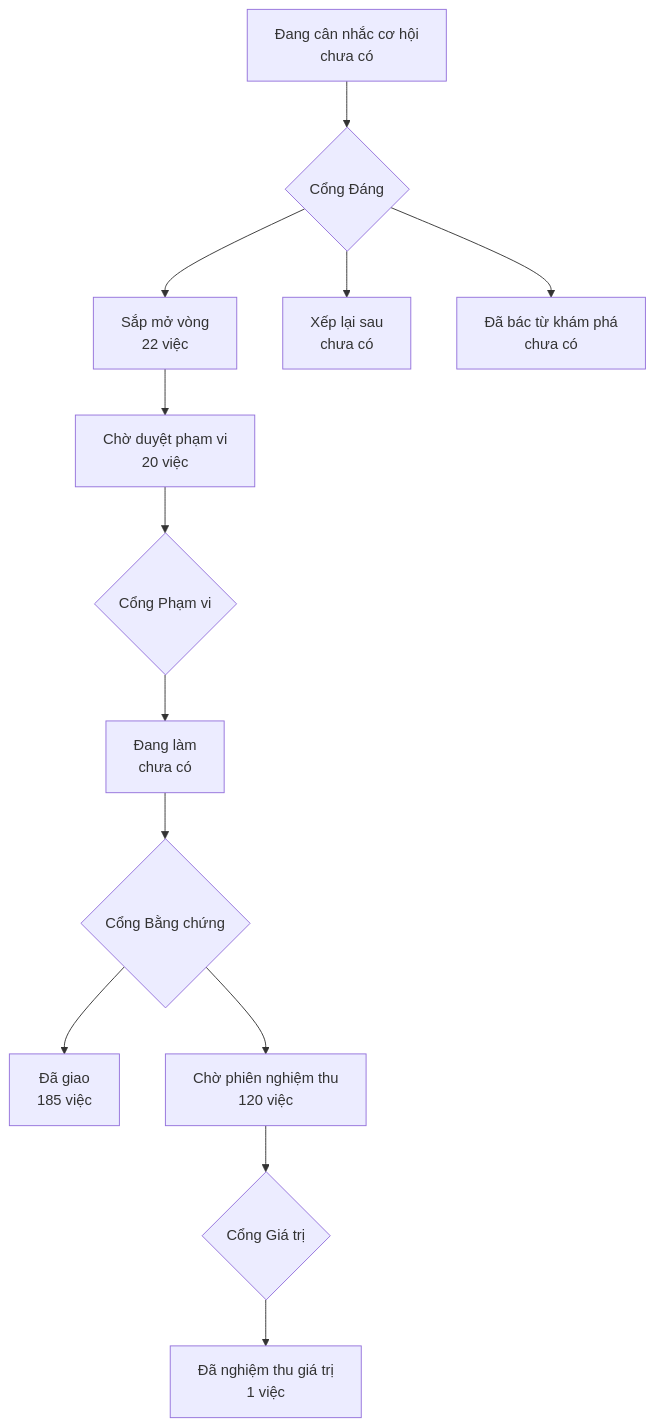
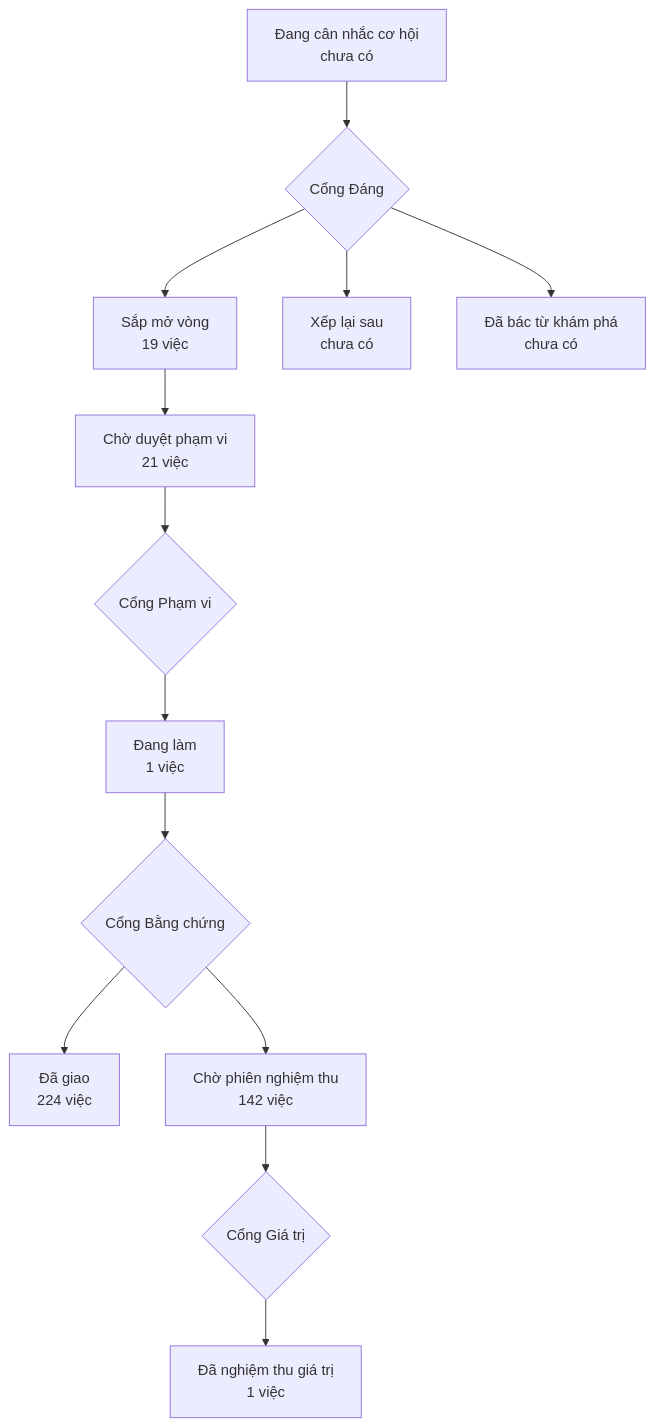
The diagram in PRODUCT-MAP.md (phanlemanh/onehub-invest), drawn with Mermaid before and after one commit. The commit also changed other lines of this file and 3 other files, not shown here.

````diff
--- a/PRODUCT-MAP.md
+++ b/PRODUCT-MAP.md
@@ -7,12 +7,12 @@
 ```mermaid
 flowchart TD
   A["Đang cân nhắc cơ hội<br/>chưa có"] --> GD{"Cổng Đáng"}
-  GD --> B["Sắp mở vòng<br/>22 việc"]
+  GD --> B["Sắp mở vòng<br/>19 việc"]
   GD --> XL["Xếp lại sau<br/>chưa có"]
   GD --> DB["Đã bác từ khám phá<br/>chưa có"]
-  B --> CD["Chờ duyệt phạm vi<br/>20 việc"] --> GP{"Cổng Phạm vi"}
-  GP --> DL["Đang làm<br/>chưa có"] --> GB{"Cổng Bằng chứng"}
-  GB --> DG["Đã giao<br/>185 việc"]
-  GB --> CN["Chờ phiên nghiệm thu<br/>120 việc"] --> GG{"Cổng Giá trị"}
+  B --> CD["Chờ duyệt phạm vi<br/>21 việc"] --> GP{"Cổng Phạm vi"}
+  GP --> DL["Đang làm<br/>1 việc"] --> GB{"Cổng Bằng chứng"}
+  GB --> DG["Đã giao<br/>224 việc"]
+  GB --> CN["Chờ phiên nghiệm thu<br/>142 việc"] --> GG{"Cổng Giá trị"}
   GG --> NT["Đã nghiệm thu giá trị<br/>1 việc"]
 ```
````
